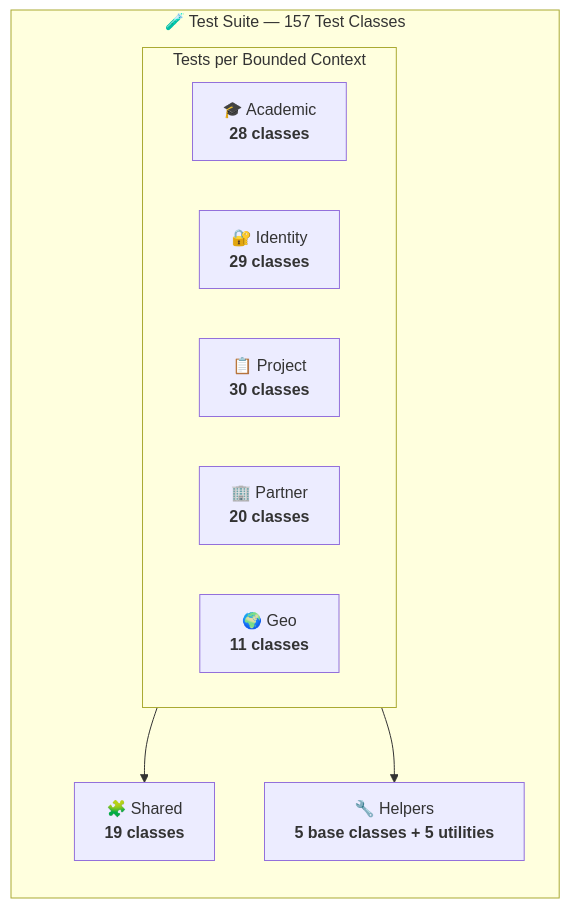
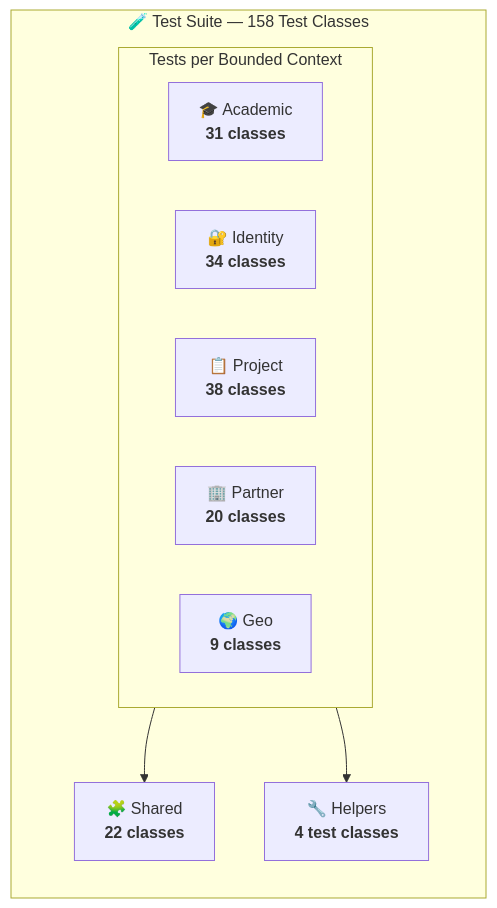
One commit to Plataforma-Universidade-Gratuita/pug-service changed the first of 8 diagrams in src/test/README.md. Above: the diagram before and after it, drawn with Mermaid. The commit also changed other lines of this file and 89 other files, not shown here.

````diff
--- a/src/test/README.md
+++ b/src/test/README.md
@@ -21,20 +21,20 @@
 ```mermaid
 graph TB
-    subgraph TestSuite["🧪 Test Suite — 157 Test Classes"]
+    subgraph TestSuite["🧪 Test Suite — 158 Test Classes"]
         direction TB
         subgraph Modules["Tests per Bounded Context"]
             direction LR
-            ACADEMIC_T["🎓 Academic<br/><b>28 classes</b>"]
-            IDENTITY_T["🔐 Identity<br/><b>29 classes</b>"]
-            PROJECT_T["📋 Project<br/><b>30 classes</b>"]
+            ACADEMIC_T["🎓 Academic<br/><b>31 classes</b>"]
+            IDENTITY_T["🔐 Identity<br/><b>34 classes</b>"]
+            PROJECT_T["📋 Project<br/><b>38 classes</b>"]
             PARTNER_T["🏢 Partner<br/><b>20 classes</b>"]
-            GEO_T["🌍 Geo<br/><b>11 classes</b>"]
+            GEO_T["🌍 Geo<br/><b>9 classes</b>"]
         end
 
-        SHARED_T["🧩 Shared<br/><b>19 classes</b>"]
-        HELPERS_T["🔧 Helpers<br/><b>5 base classes + 5 utilities</b>"]
+        SHARED_T["🧩 Shared<br/><b>22 classes</b>"]
+        HELPERS_T["🔧 Helpers<br/><b>4 test classes</b>"]
 
         Modules --> SHARED_T
         Modules --> HELPERS_T
     end
 ```
````
